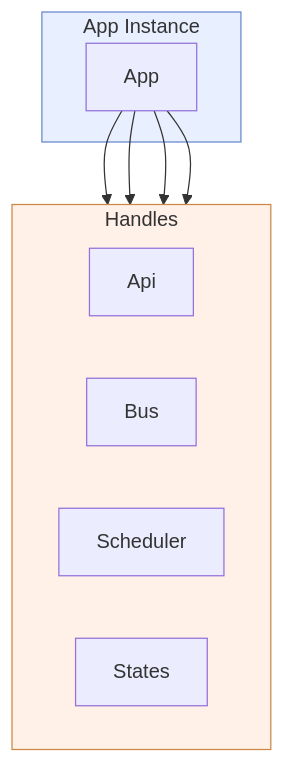
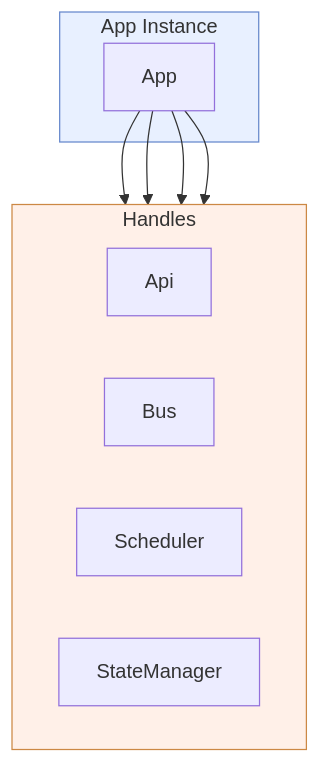
One commit to NodeJSmith/hassette changed the diagram in docs/pages/core-concepts/index.md. Above: the diagram before and after it, drawn with Mermaid. The commit also changed other lines of this file and 1 other file, not shown here.

First line of the commit message:
docs: correct scheduled-trigger event claim and States symbol in core concepts

````diff
--- a/docs/pages/core-concepts/index.md
+++ b/docs/pages/core-concepts/index.md
@@ -22,19 +22,19 @@
 ```mermaid
 flowchart TD
     subgraph app["App Instance"]
         APP["App"]
     end
 
     subgraph handles["Handles"]
         direction LR
         API[Api]
         BUS[Bus]
         SCHED[Scheduler]
-        STATES[States]
+        STATES[StateManager]
     end
 
     APP --> API & BUS & SCHED & STATES
 
     style app fill:#e8f0ff,stroke:#6688cc
     style handles fill:#fff0e8,stroke:#cc8844
 ```
````
